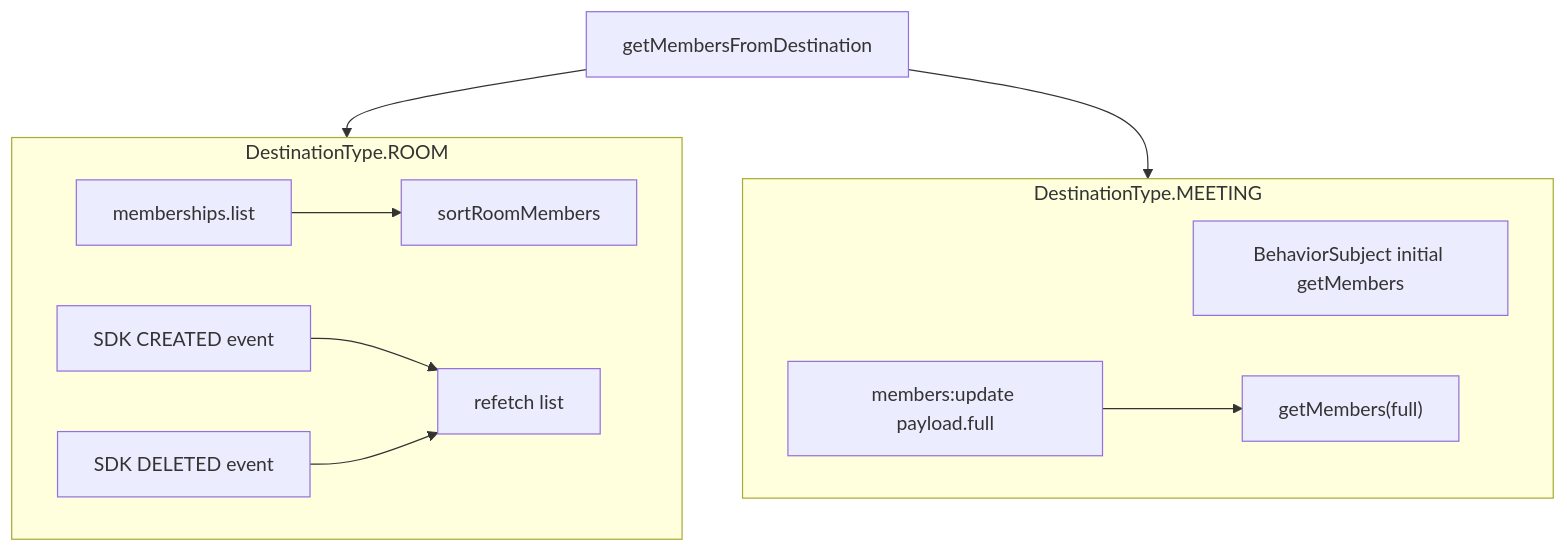
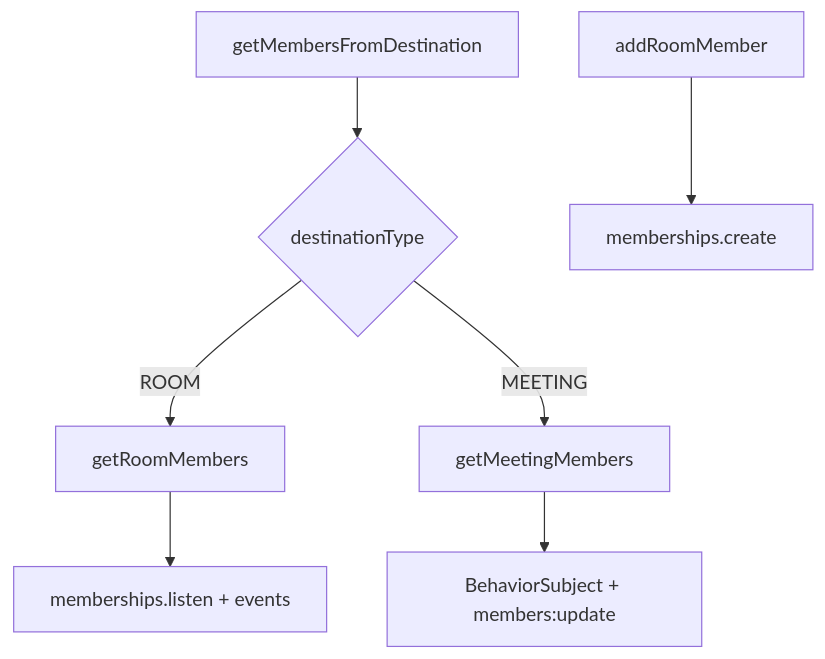
One commit to webex/sdk-component-adapter changed the first of 5 diagrams in src/ai-docs/memberships-sdk-adapter-spec.md. Above: the diagram before and after it, drawn with Mermaid. The commit also changed other lines of this file and 13 other files, not shown here.

````diff
--- a/src/ai-docs/memberships-sdk-adapter-spec.md
+++ b/src/ai-docs/memberships-sdk-adapter-spec.md
@@ -100,14 +99,9 @@
 ```mermaid
 flowchart TD
-  subgraph Room["DestinationType.ROOM"]
-    RList["memberships.list"] --> RSort["sortRoomMembers"]
-    RCreated["SDK CREATED event"] --> RRefetch["refetch list"]
-    RDeleted["SDK DELETED event"] --> RRefetch
-  end
-  subgraph Meeting["DestinationType.MEETING"]
-    MInit["BehaviorSubject initial getMembers"]
-    MUpdate["members:update payload.full"] --> MMap["getMembers(full)"]
-  end
-  GMD["getMembersFromDestination"] --> Room
-  GMD --> Meeting
+  dest["getMembersFromDestination"] --> switch{destinationType}
+  switch -->|ROOM| room["getRoomMembers"]
+  switch -->|MEETING| mtg["getMeetingMembers"]
+  room --> listen["memberships.listen + events"]
+  mtg --> beh["BehaviorSubject + members:update"]
+  add["addRoomMember"] --> create["memberships.create"]
 ```
````
